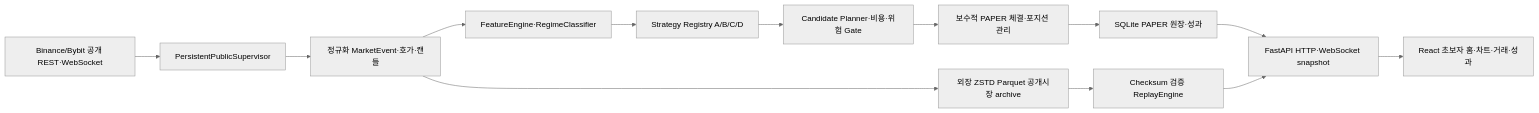
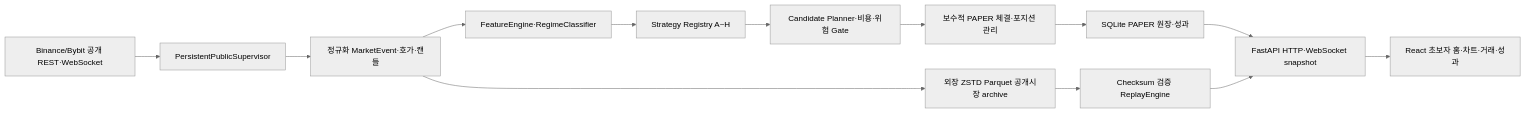
The diagram in ROBOM_FlowScalper_Codex_Package_20260822/00_AI_HANDOFF_먼저읽기.md (robom-labs/flowscalper), drawn with Mermaid (neutral theme) before and after one commit. The commit also changed other lines of this file and 15 other files, not shown here.

````diff
--- a/ROBOM_FlowScalper_Codex_Package_20260822/00_AI_HANDOFF_먼저읽기.md
+++ b/ROBOM_FlowScalper_Codex_Package_20260822/00_AI_HANDOFF_먼저읽기.md
@@ -83,15 +83,15 @@
 ```mermaid
 flowchart LR
     A["Binance/Bybit 공개 REST·WebSocket"] --> B["PersistentPublicSupervisor"]
     B --> C["정규화 MarketEvent·호가·캔들"]
     C --> D["FeatureEngine·RegimeClassifier"]
-    D --> E["Strategy Registry A/B/C/D"]
+    D --> E["Strategy Registry A~H"]
     E --> F["Candidate Planner·비용·위험 Gate"]
     F --> G["보수적 PAPER 체결·포지션 관리"]
     G --> H["SQLite PAPER 원장·성과"]
     C --> I["외장 ZSTD Parquet 공개시장 archive"]
     I --> J["Checksum 검증 ReplayEngine"]
     H --> K["FastAPI HTTP·WebSocket snapshot"]
     J --> K
     K --> L["React 초보자 홈·차트·거래·성과"]
 ```
````
